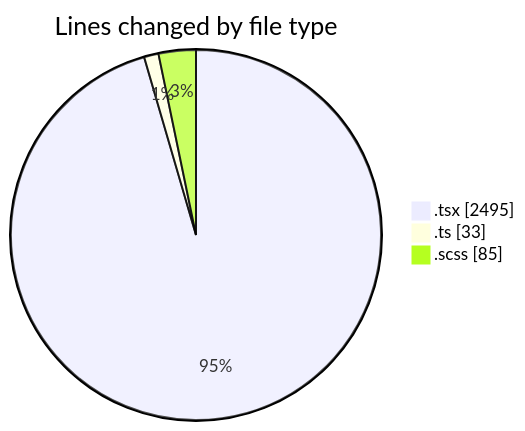
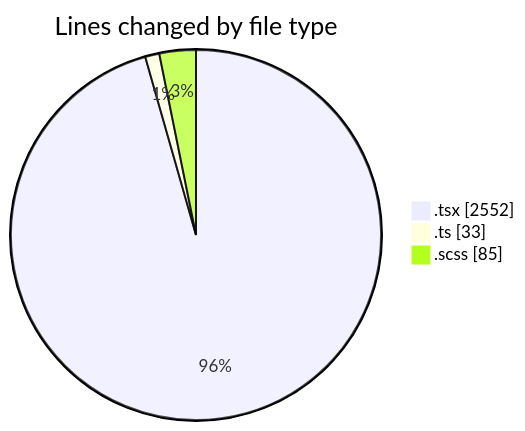
One commit to momahboobian/code-tracking changed the first of 2 diagrams in 2025-02-12/cda/README.md. Above: the diagram before and after it, drawn with Mermaid. The commit also changed other lines of this file and 1 other file, not shown here.

````diff
--- a/2025-02-12/cda/README.md
+++ b/2025-02-12/cda/README.md
@@ -25,7 +26,7 @@
 ```mermaid
 pie showData
 title Lines changed by file type
-".tsx" : 2495
+".tsx" : 2552
 ".ts" : 33
 ".scss" : 85
 ```
````
